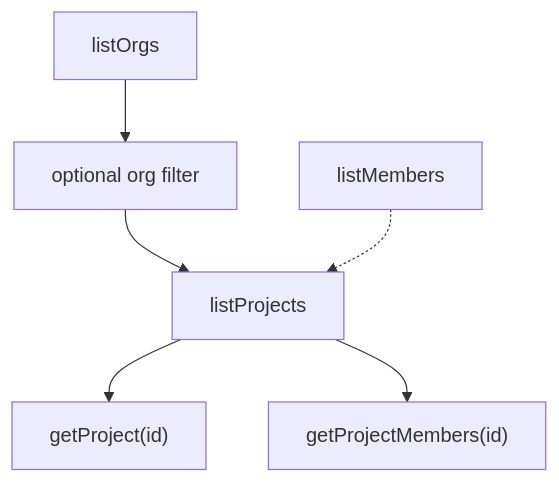
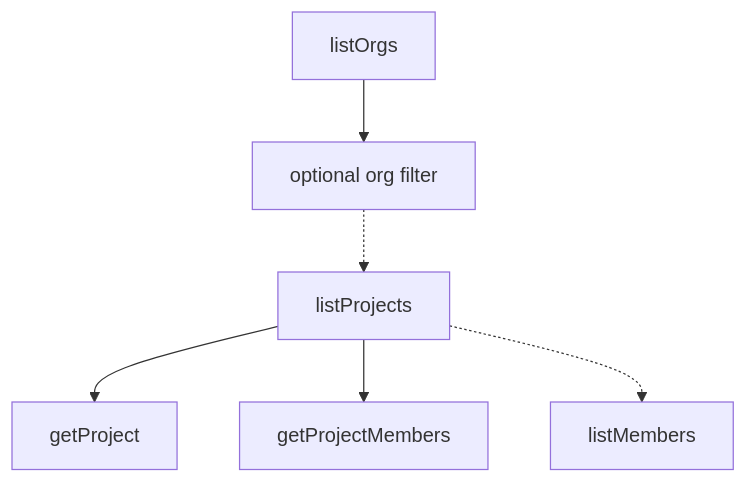
Before and after one commit to mrzmyr/agent-plugin: the third of 10 diagrams in skills/create-mermaid/README.md, drawn with Mermaid. The commit also changed other lines of this file, not shown here.

First line of the commit message:
Keep without/with mermaid pairs on the same snapshot.

````diff
--- a/skills/create-mermaid/README.md
+++ b/skills/create-mermaid/README.md
@@ -57,8 +61,14 @@
 ```mermaid
-flowchart TD
-    listOrgs --> orgFilter[optional org filter]
-    orgFilter --> listProjects
-    listProjects --> getProject["getProject(id)"]
-    listProjects --> getProjectMembers["getProjectMembers(id)"]
-    listMembers -.-> listProjects
+flowchart TB
+  listOrgs["listOrgs"]
+  optOrg["optional org filter"]
+  listProjects["listProjects"]
+  listMembers["listMembers"]
+  getProject["getProject"]
+  getProjectMembers["getProjectMembers"]
+  listOrgs --> optOrg
+  optOrg -.-> listProjects
+  listProjects --> getProject
+  listProjects --> getProjectMembers
+  listProjects -.-> listMembers
 ```
````
